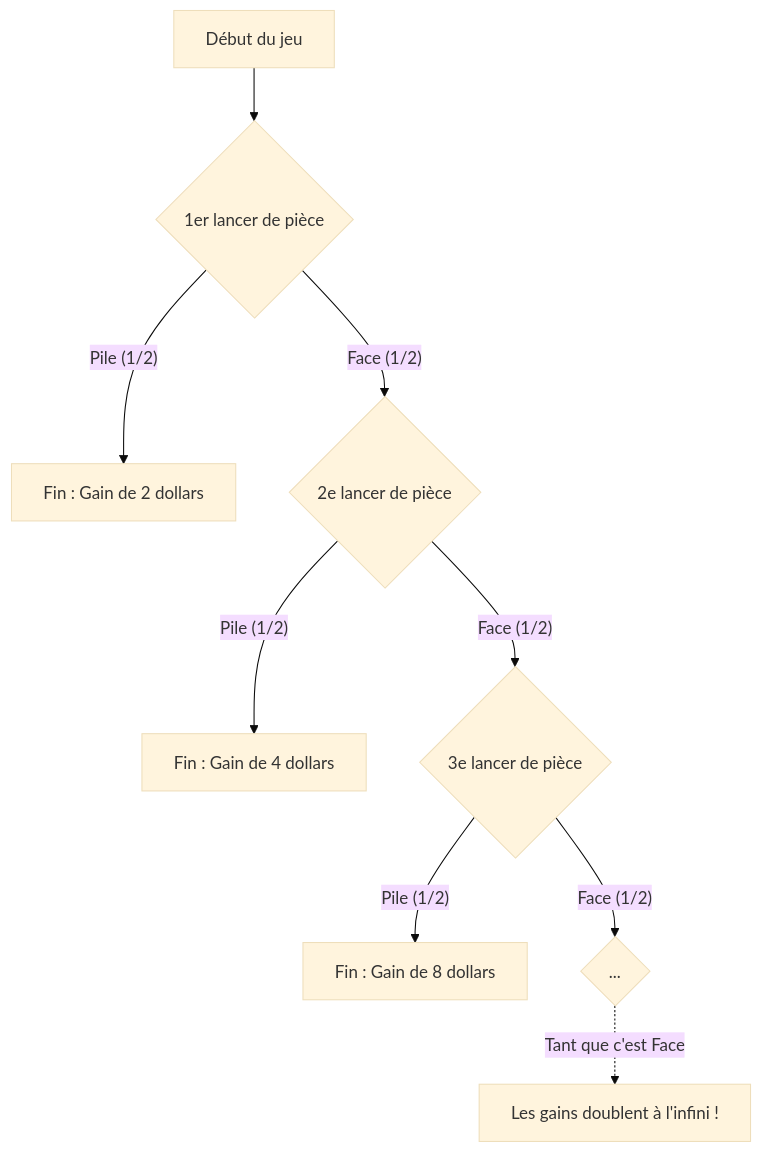
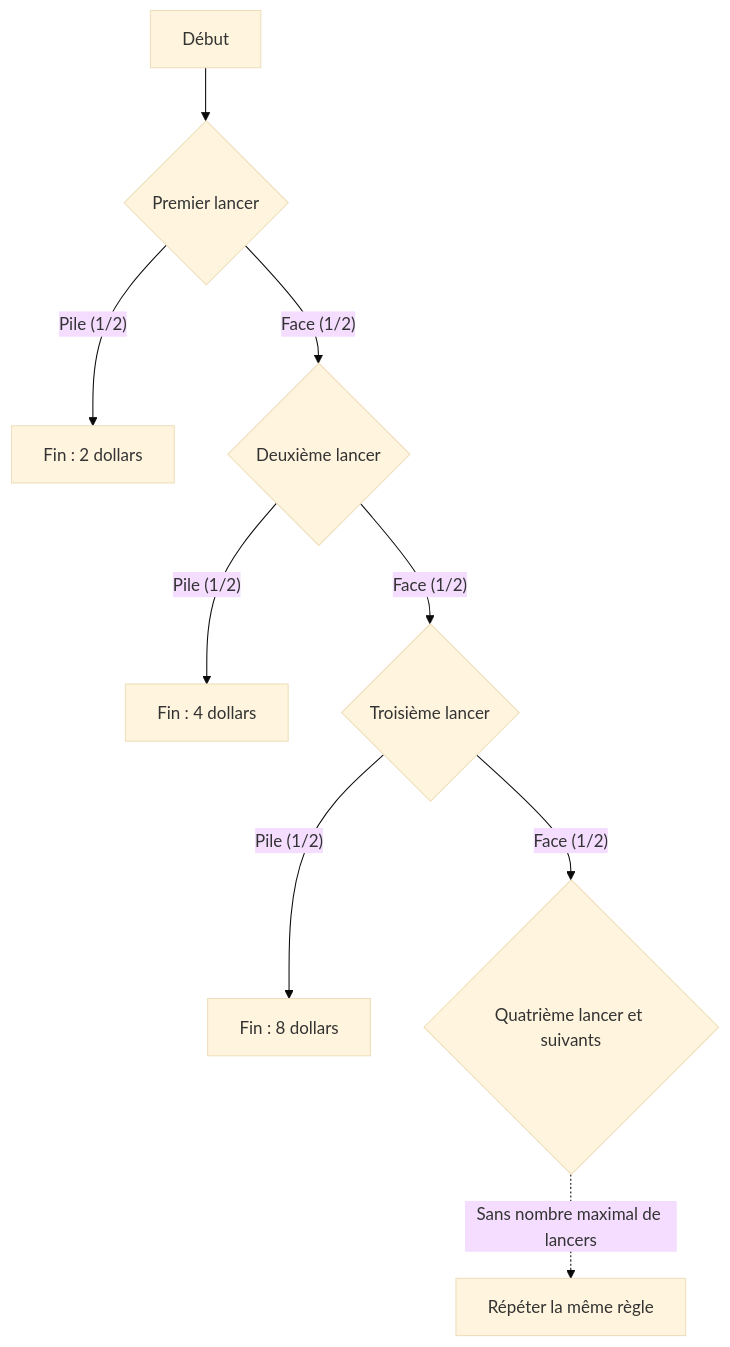
One commit to kenjinote/blog changed the diagram in content/post/サンクトペテルブルクのパラドックス/index.fr.md. Above: the diagram before and after it, drawn with Mermaid (base theme). The commit also changed other lines of this file and 8 other files, not shown here.

````diff
--- a/content/post/サンクトペテルブルクのパラドックス/index.fr.md
+++ b/content/post/サンクトペテルブルクのパラドックス/index.fr.md
@@ -33,15 +32,11 @@
 ```mermaid
 graph TD
-    Start["Début du jeu"] --> Toss1{"1er lancer de pièce"}
-    
-    Toss1 -->|"Pile (1/2)"| End1["Fin : Gain de 2 dollars"]
-    Toss1 -->|"Face (1/2)"| Toss2{"2e lancer de pièce"}
-    
-    Toss2 -->|"Pile (1/2)"| End2["Fin : Gain de 4 dollars"]
-    Toss2 -->|"Face (1/2)"| Toss3{"3e lancer de pièce"}
-    
-    Toss3 -->|"Pile (1/2)"| End3["Fin : Gain de 8 dollars"]
-    Toss3 -->|"Face (1/2)"| Toss4{"..."}
-    
-    Toss4 -.->|"Tant que c'est Face"| Infinite["Les gains doublent à l'infini !"]
+    Start["Début"] --> Toss1{"Premier lancer"}
+    Toss1 -->|"Pile (1/2)"| End1["Fin : 2 dollars"]
+    Toss1 -->|"Face (1/2)"| Toss2{"Deuxième lancer"}
+    Toss2 -->|"Pile (1/2)"| End2["Fin : 4 dollars"]
+    Toss2 -->|"Face (1/2)"| Toss3{"Troisième lancer"}
+    Toss3 -->|"Pile (1/2)"| End3["Fin : 8 dollars"]
+    Toss3 -->|"Face (1/2)"| Toss4{"Quatrième lancer et suivants"}
+    Toss4 -.->|"Sans nombre maximal de lancers"| Continue["Répéter la même règle"]
 ```
````
